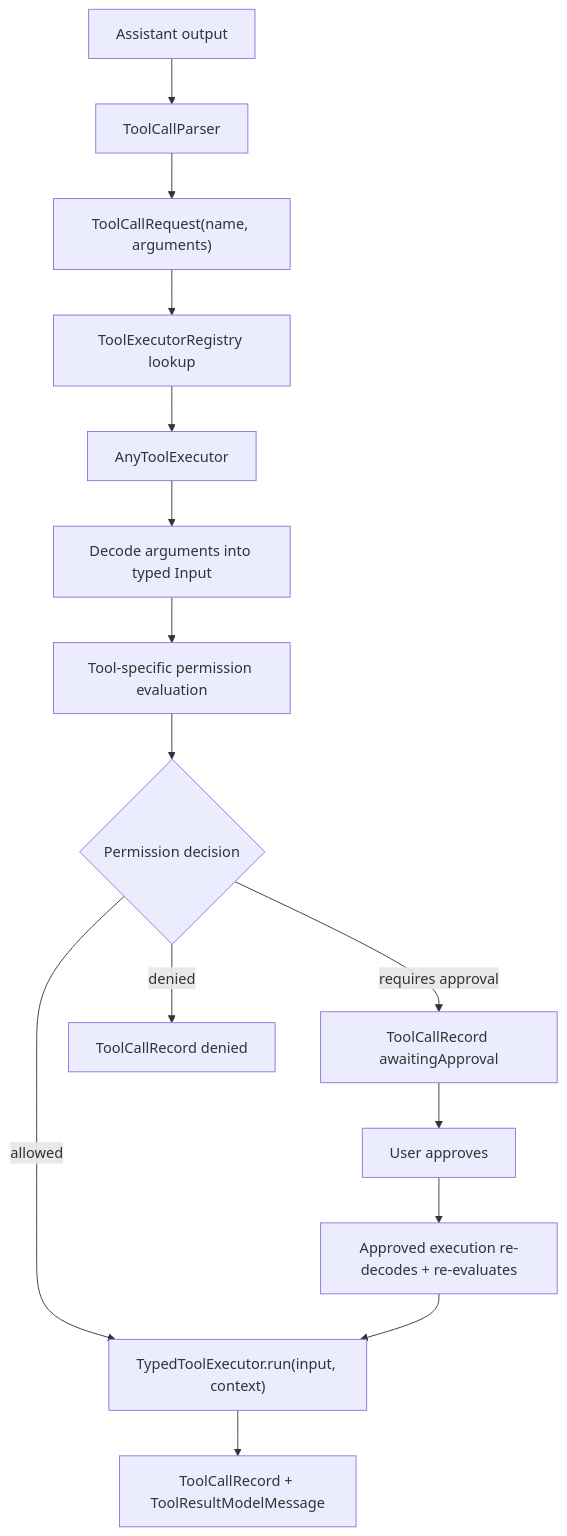
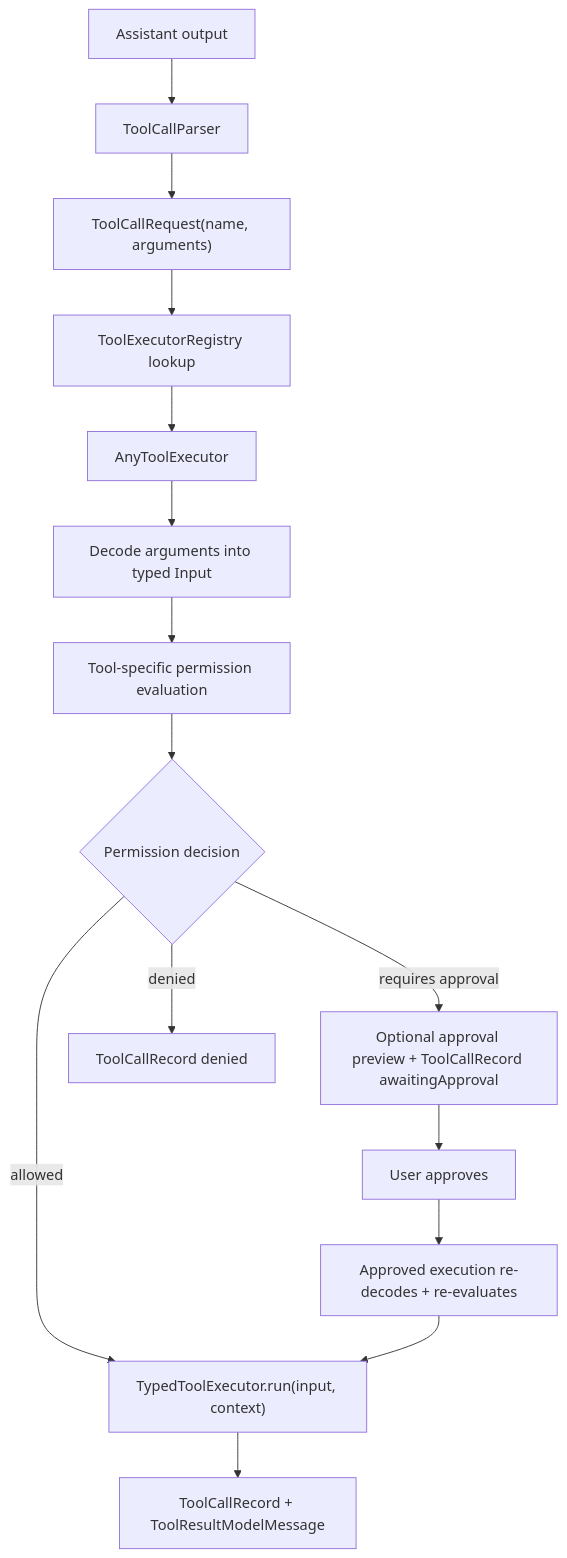
Before and after one commit to ngutech21/sumika-chat: the diagram in docs/tool-runtime.md, drawn with Mermaid. The commit also changed other lines of this file and 17 other files, not shown here.

Commit message:
feat: implement edit file tool with approval workflow and preview functionality

````diff
--- a/docs/tool-runtime.md
+++ b/docs/tool-runtime.md
@@ -10,17 +10,17 @@
 ```mermaid
 flowchart TD
   A["Assistant output"] --> B["ToolCallParser"]
   B --> C["ToolCallRequest(name, arguments)"]
   C --> D["ToolExecutorRegistry lookup"]
   D --> E["AnyToolExecutor"]
   E --> F["Decode arguments into typed Input"]
   F --> G["Tool-specific permission evaluation"]
   G --> H{"Permission decision"}
   H -- "allowed" --> I["TypedToolExecutor.run(input, context)"]
-  H -- "requires approval" --> J["ToolCallRecord awaitingApproval"]
+  H -- "requires approval" --> J["Optional approval preview + ToolCallRecord awaitingApproval"]
   H -- "denied" --> K["ToolCallRecord denied"]
   I --> L["ToolCallRecord + ToolResultModelMessage"]
   J --> M["User approves"]
   M --> N["Approved execution re-decodes + re-evaluates"]
   N --> I
 ```
````
